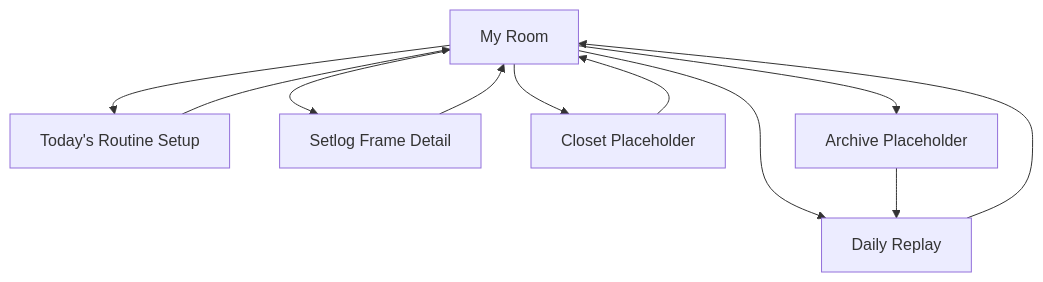
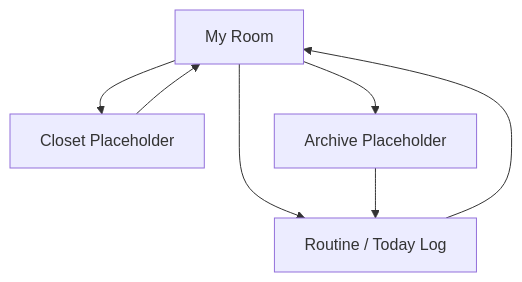
One commit to RealOil/Roonary changed the third of 3 diagrams in docs/product/screen-flow.md. Above: the diagram before and after it, drawn with Mermaid. The commit also changed other lines of this file and 6 other files, not shown here.

Commit message:
feat: merge routine and today log

````diff
--- a/docs/product/screen-flow.md
+++ b/docs/product/screen-flow.md
@@ -71,13 +67,9 @@
 ```mermaid
 flowchart TD
-  A["My Room"] --> B["Today's Routine Setup"]
+  A["My Room"] --> B["Routine / Today Log"]
   B --> A
-  A --> C["Daily Replay"]
-  C --> A
-  A --> D["Setlog Frame Detail"]
-  D --> A
   A --> E["Closet Placeholder"]
   E --> A
   A --> F["Archive Placeholder"]
-  F --> C
+  F --> B
 ```
````
